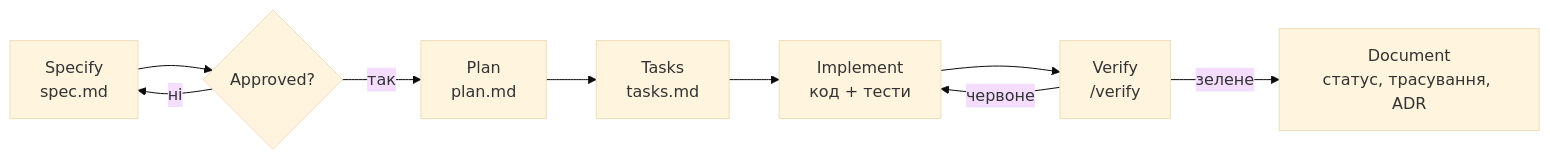
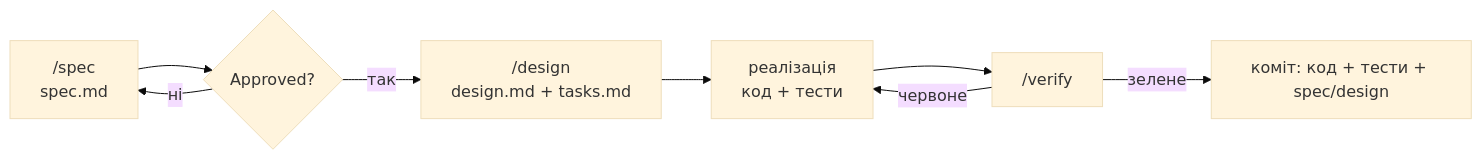
Before and after one commit to nazarenkod/vision: the diagram in docs/guides/agentic-workflow.md, drawn with Mermaid (base theme). The commit also changed other lines of this file and 63 other files, not shown here.

````diff
--- a/docs/guides/agentic-workflow.md
+++ b/docs/guides/agentic-workflow.md
@@ -8,11 +8,10 @@
 ```mermaid
 flowchart LR
-  S[Specify\nspec.md] --> A{Approved?}
+  S["/spec\nspec.md"] --> A{Approved?}
   A -- ні --> S
-  A -- так --> P[Plan\nplan.md]
-  P --> T[Tasks\ntasks.md]
-  T --> I[Implement\nкод + тести]
-  I --> V[Verify\n/verify]
+  A -- так --> D["/design\ndesign.md + tasks.md"]
+  D --> I[реалізація\nкод + тести]
+  I --> V["/verify"]
   V -- червоне --> I
-  V -- зелене --> D[Document\nстатус, трасування, ADR]
+  V -- зелене --> C[коміт: код + тести + spec/design]
 ```
````
